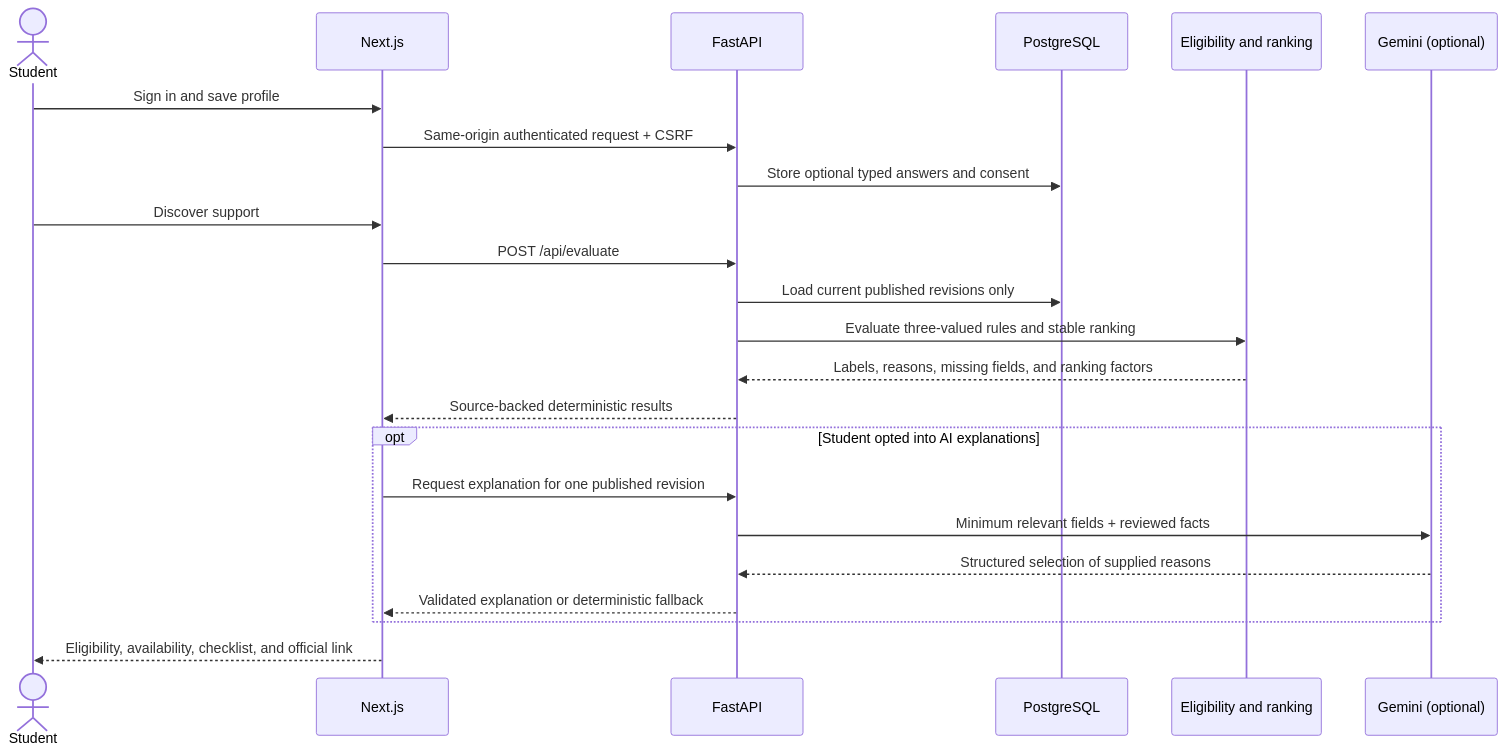
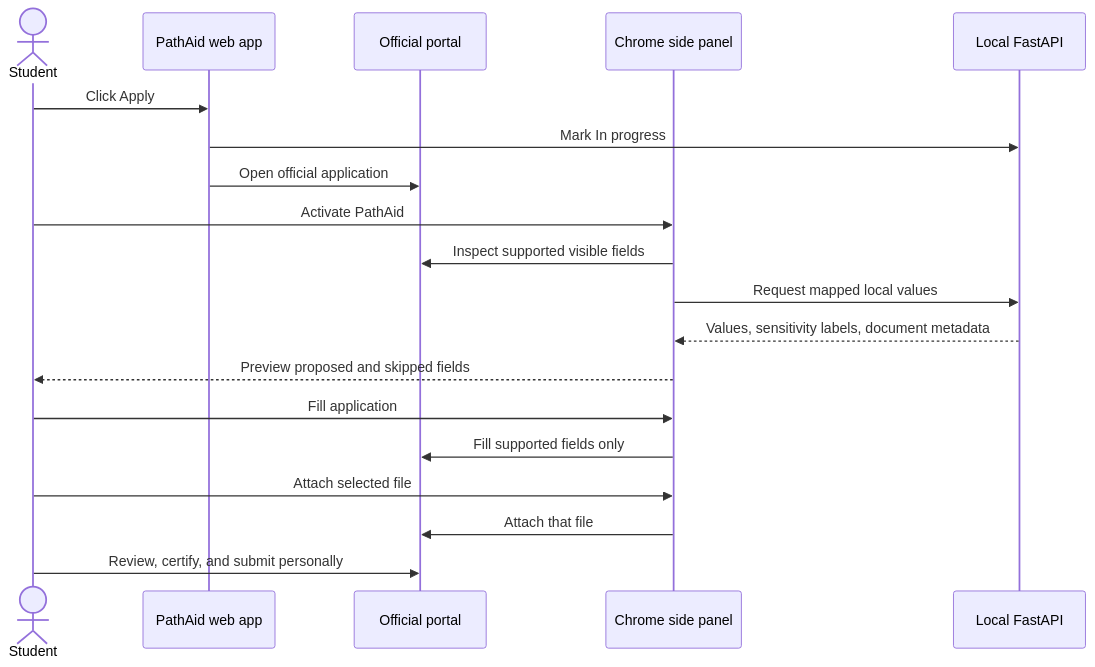
Before and after one commit to ajiang05/Pathaid: the fourth of 5 diagrams in docs/ARCHITECTURE_DIAGRAM.md, drawn with Mermaid. The commit also changed other lines of this file and 117 other files, not shown here.

````diff
--- a/docs/ARCHITECTURE_DIAGRAM.md
+++ b/docs/ARCHITECTURE_DIAGRAM.md
@@ -150,26 +78,22 @@
 ```mermaid
 sequenceDiagram
-    actor Student
-    participant Web as Next.js
-    participant API as FastAPI
-    participant DB as PostgreSQL
-    participant Engine as Eligibility and ranking
-    participant AI as Gemini (optional)
+    actor U as Student
+    participant W as PathAid web app
+    participant P as Official portal
+    participant E as Chrome side panel
+    participant A as Local FastAPI
 
-    Student->>Web: Sign in and save profile
-    Web->>API: Same-origin authenticated request + CSRF
-    API->>DB: Store optional typed answers and consent
-    Student->>Web: Discover support
-    Web->>API: POST /api/evaluate
-    API->>DB: Load current published revisions only
-    API->>Engine: Evaluate three-valued rules and stable ranking
-    Engine-->>API: Labels, reasons, missing fields, and ranking factors
-    API-->>Web: Source-backed deterministic results
-    opt Student opted into AI explanations
-        Web->>API: Request explanation for one published revision
-        API->>AI: Minimum relevant fields + reviewed facts
-        AI-->>API: Structured selection of supplied reasons
-        API-->>Web: Validated explanation or deterministic fallback
-    end
-    Web-->>Student: Eligibility, availability, checklist, and official link
+    U->>W: Click Apply
+    W->>A: Mark In progress
+    W->>P: Open official application
+    U->>E: Activate PathAid
+    E->>P: Inspect supported visible fields
+    E->>A: Request mapped local values
+    A-->>E: Values, sensitivity labels, document metadata
+    E-->>U: Preview proposed and skipped fields
+    U->>E: Fill application
+    E->>P: Fill supported fields only
+    U->>E: Attach selected file
+    E->>P: Attach that file
+    U->>P: Review, certify, and submit personally
 ```
````
